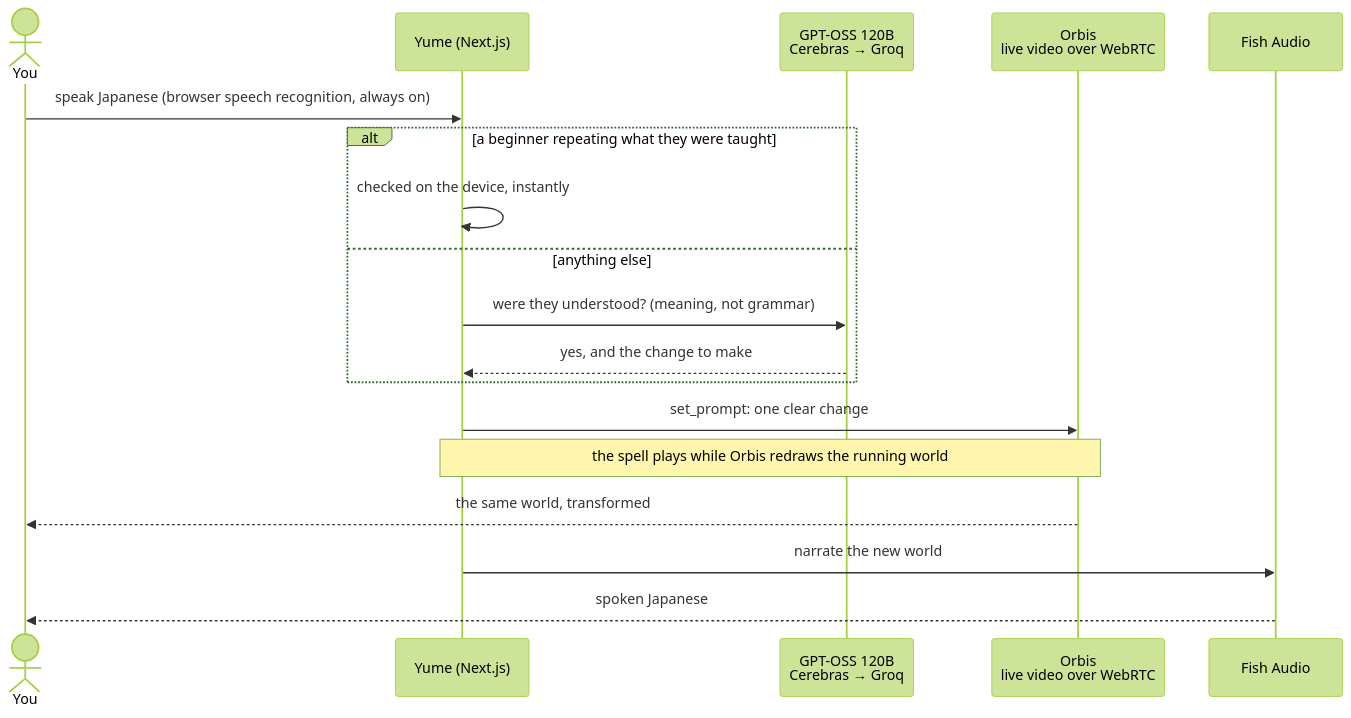
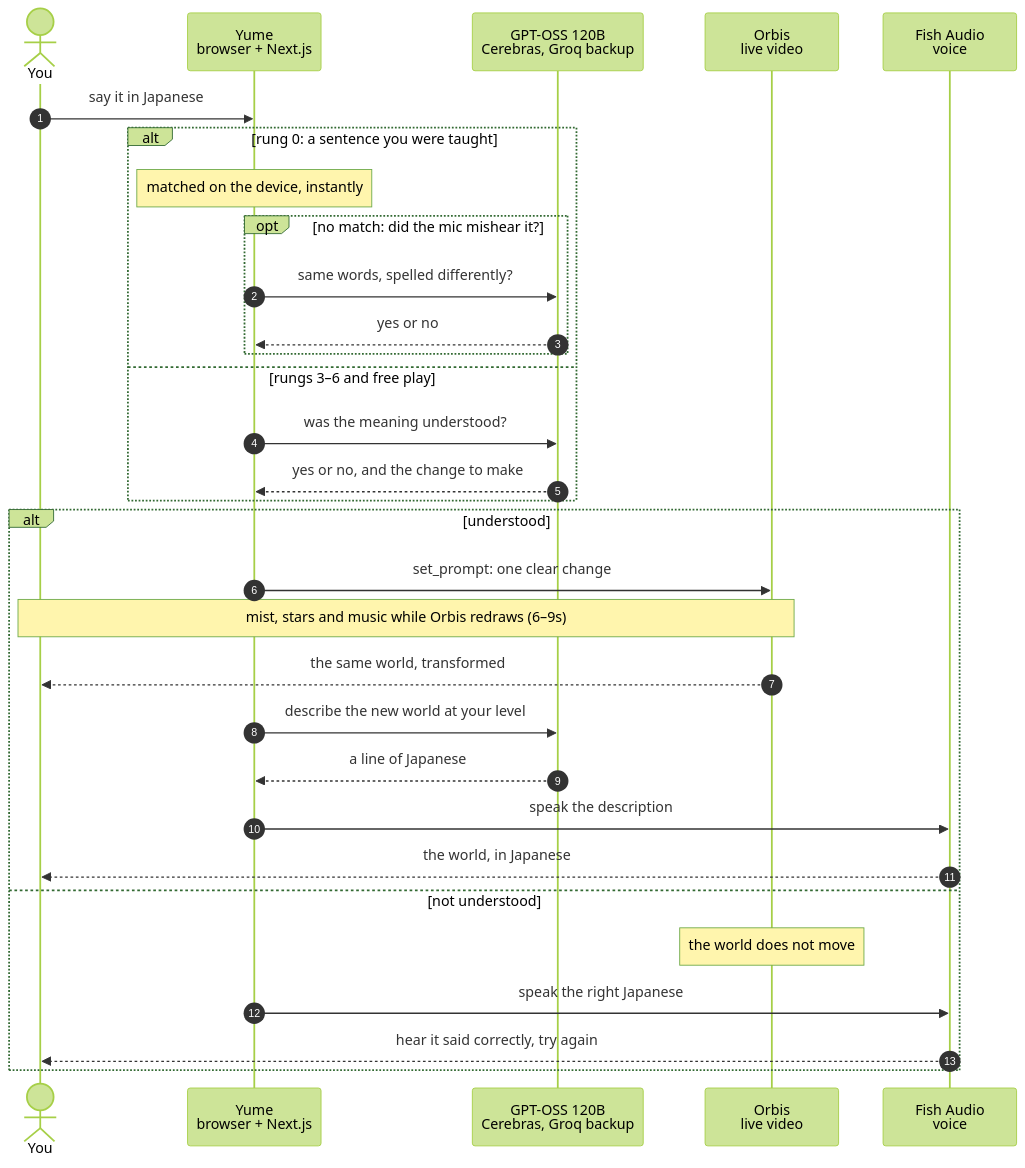
The diagram in README.md (ronithrashmikara/kotodama), drawn with Mermaid (forest theme) before and after one commit. The commit also changed other lines of this file, not shown here.

Commit message:
Fix the README's turn diagram to match what the game does
The old diagram left out wrong answers, credited narration to Fish Audio
when the model writes it, and missed the model double-checking a
beginner's words when the device match fails. It also ran a label
through a lifeline. Now numbered, with both outcomes, and checked in
Mermaid 10 and 11, light and dark.

````diff
--- a/README.md
+++ b/README.md
@@ -74,21 +74,34 @@
 ```mermaid
 sequenceDiagram
+    autonumber
     actor You
-    participant App as Yume (Next.js)
-    participant LLM as GPT-OSS 120B<br/>Cerebras → Groq
-    participant Orbis as Orbis<br/>live video over WebRTC
-    participant Voice as Fish Audio
+    participant Yume as Yume<br/>browser + Next.js
+    participant LLM as GPT-OSS 120B<br/>Cerebras, Groq backup
+    participant Orbis as Orbis<br/>live video
+    participant Fish as Fish Audio<br/>voice
 
-    You->>App: speak Japanese (browser speech recognition, always on)
-    alt a beginner repeating what they were taught
-        App->>App: checked on the device, instantly
-    else anything else
-        App->>LLM: were they understood? (meaning, not grammar)
-        LLM-->>App: yes, and the change to make
+    You->>Yume: say it in Japanese
+    alt rung 0: a sentence you were taught
+        Note over Yume: matched on the device, instantly
+        opt no match: did the mic mishear it?
+            Yume->>LLM: same words, spelled differently?
+            LLM-->>Yume: yes or no
+        end
+    else rungs 3–6 and free play
+        Yume->>LLM: was the meaning understood?
+        LLM-->>Yume: yes or no, and the change to make
     end
-    App->>Orbis: set_prompt: one clear change
-    Note over App,Orbis: the spell plays while Orbis redraws the running world
-    Orbis-->>You: the same world, transformed
-    App->>Voice: narrate the new world
-    Voice-->>You: spoken Japanese
+    alt understood
+        Yume->>Orbis: set_prompt: one clear change
+        Note over You,Orbis: mist, stars and music while Orbis redraws (6–9s)
+        Orbis-->>You: the same world, transformed
+        Yume->>LLM: describe the new world at your level
+        LLM-->>Yume: a line of Japanese
+        Yume->>Fish: speak the description
+        Fish-->>You: the world, in Japanese
+    else not understood
+        Note over Orbis: the world does not move
+        Yume->>Fish: speak the right Japanese
+        Fish-->>You: hear it said correctly, try again
+    end
 ```
````
